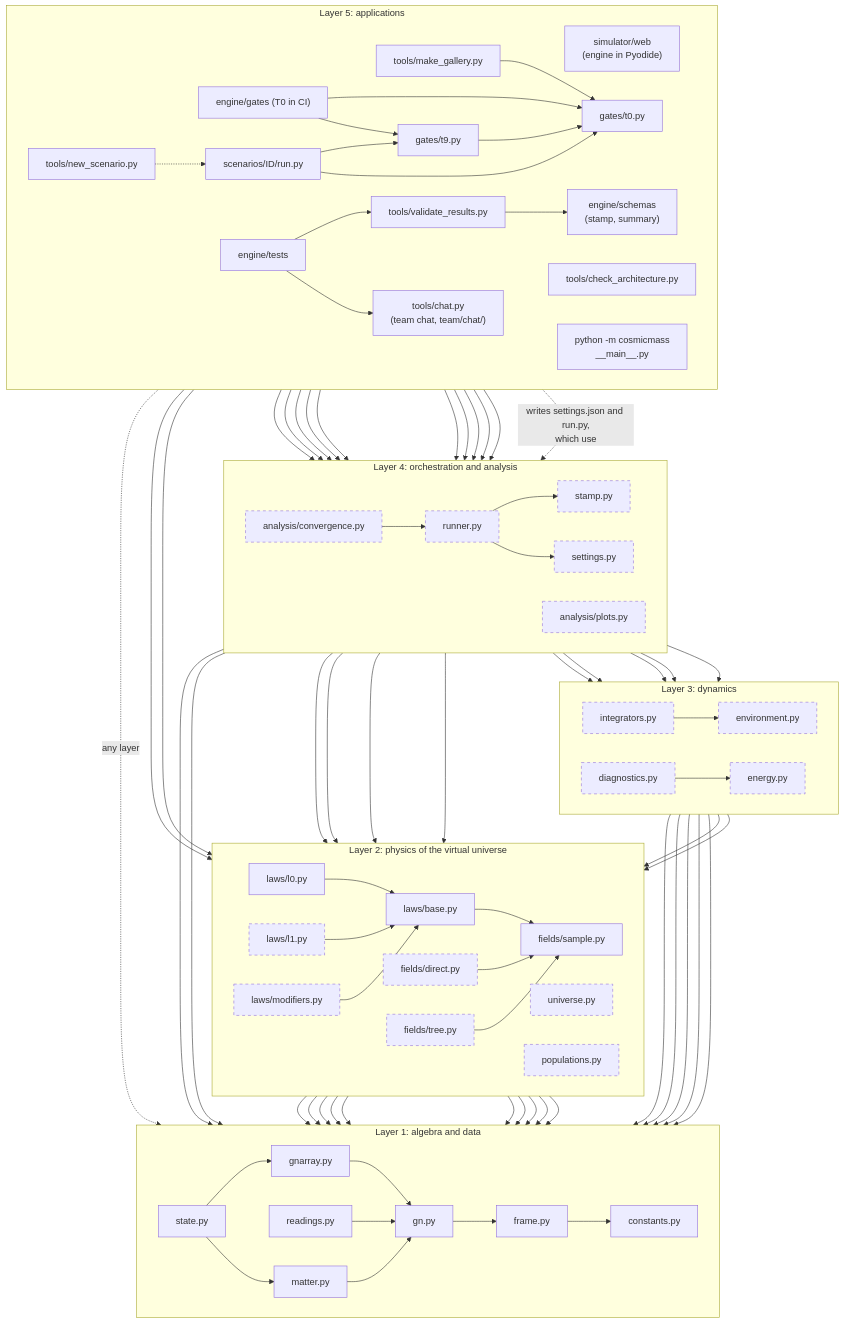
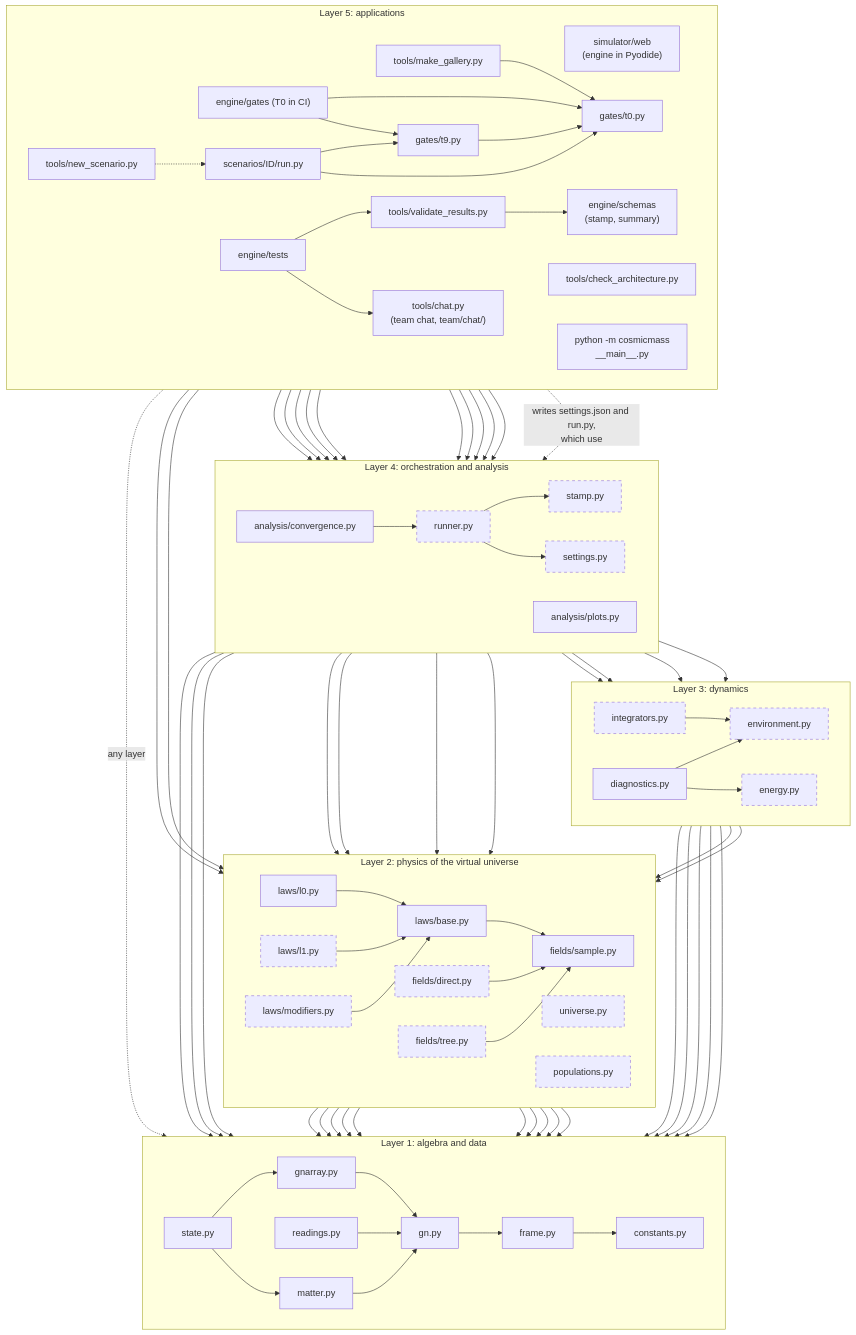
The second of 8 diagrams in ARCHITECTURE.md (isaacmindx-collab/cosmic-mass-lab), drawn with Mermaid before and after one commit. The commit also changed other lines of this file and 12 other files, not shown here.

Commit message:
E8: temperature and wall pressure (E8.1), convergence helper (E8.2), standard plots in SVG (E8.3); E4 rest released (question 24); ARCHITECTURE.md (D18)

```diff
--- a/ARCHITECTURE.md
+++ b/ARCHITECTURE.md
@@ -161,15 +161,15 @@
         runner["runner.py"]:::planned
         stamp["stamp.py"]:::planned
         settings["settings.py"]:::planned
-        convergence["analysis/convergence.py"]:::planned
-        plots["analysis/plots.py"]:::planned
+        convergence["analysis/convergence.py"]
+        plots["analysis/plots.py"]
     end
 
     subgraph L3["Layer 3: dynamics"]
         direction LR
         integrators["integrators.py"]:::planned
         environment["environment.py"]:::planned
-        diagnostics["diagnostics.py"]:::planned
+        diagnostics["diagnostics.py"]
         energy["energy.py"]:::planned
     end
 
@@ -233,7 +233,8 @@
     settings --> state
     settings --> matter
     convergence --> runner
-    plots --> diagnostics
+    plots --> constants
+    diagnostics --> environment
     integrators --> fields
     integrators --> environment
     integrators --> lawbase
```
